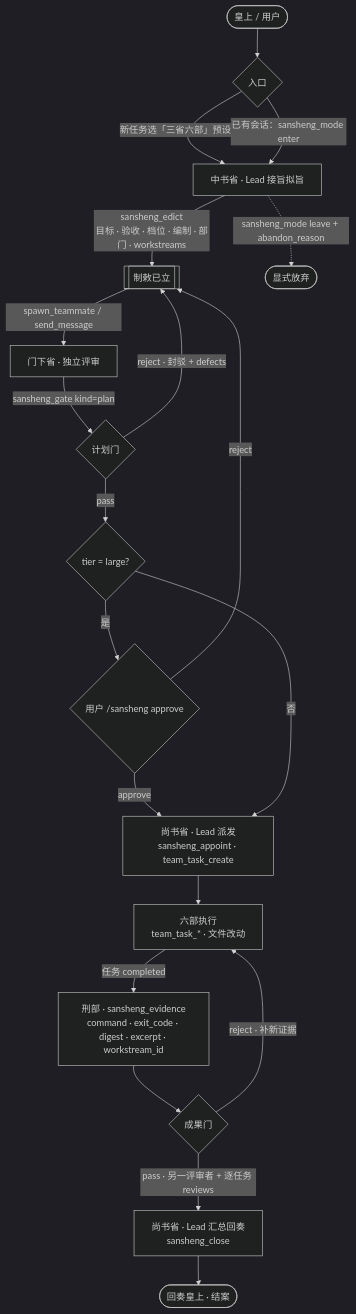
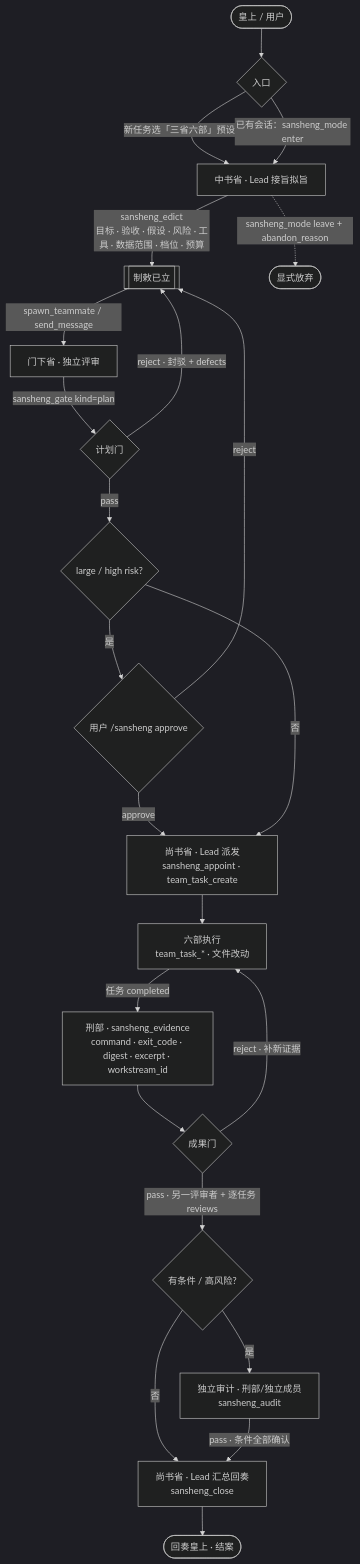
The diagram in README.md (matcha-cult/dsh-experimental-sansheng), drawn with Mermaid (dark theme) before and after one commit. The commit also changed other lines of this file and 12 other files, not shown here.

First line of the commit message:
refactor: structured risk, conditional gates, independent audit and role boundaries

````diff
--- a/README.md
+++ b/README.md
@@ -121,22 +142,25 @@
 ```mermaid
 flowchart TD
     U(["皇上 / 用户"]) --> ENTRY{"入口"}
     ENTRY -->|"新任务选「三省六部」预设"| ZS["中书省 · Lead 接旨拟旨"]
     ENTRY -->|"已有会话：sansheng_mode enter"| ZS
-    ZS -->|"sansheng_edict<br/>目标 · 验收 · 档位 · 编制 · 部门 · workstreams"| EDICT[["制敕已立"]]
+    ZS -->|"sansheng_edict<br/>目标 · 验收 · 假设 · 风险 · 工具 · 数据范围 · 档位 · 预算"| EDICT[["制敕已立"]]
     EDICT -->|"spawn_teammate / send_message"| REVIEW["门下省 · 独立评审"]
     REVIEW -->|"sansheng_gate kind=plan"| PG{"计划门"}
     PG -->|"reject · 封驳 + defects"| EDICT
-    PG -->|"pass"| LARGE{"tier = large?"}
+    PG -->|"pass"| LARGE{"large / high risk?"}
     LARGE -->|"是"| HUMAN{"用户 /sansheng approve"}
     HUMAN -->|"reject"| EDICT
     HUMAN -->|"approve"| SS["尚书省 · Lead 派发<br/>sansheng_appoint · team_task_create"]
     LARGE -->|"否"| SS
     SS --> EXEC["六部执行<br/>team_task_* · 文件改动"]
     EXEC -->|"任务 completed"| EVID["刑部 · sansheng_evidence<br/>command · exit_code · digest · excerpt · workstream_id"]
     EVID --> RG{"成果门"}
     RG -->|"reject · 补新证据"| EXEC
-    RG -->|"pass · 另一评审者 + 逐任务 reviews"| CLOSE["尚书省 · Lead 汇总回奏<br/>sansheng_close"]
+    RG -->|"pass · 另一评审者 + 逐任务 reviews"| COND{"有条件 / 高风险?"}
+    COND -->|"是"| AUDIT["独立审计 · 刑部/独立成员<br/>sansheng_audit"]
+    COND -->|"否"| CLOSE["尚书省 · Lead 汇总回奏<br/>sansheng_close"]
+    AUDIT -->|"pass · 条件全部确认"| CLOSE
     CLOSE --> DONE(["回奏皇上 · 结案"])
     ZS -.->|"sansheng_mode leave + abandon_reason"| ABANDON(["显式放弃"])
 ```
````
